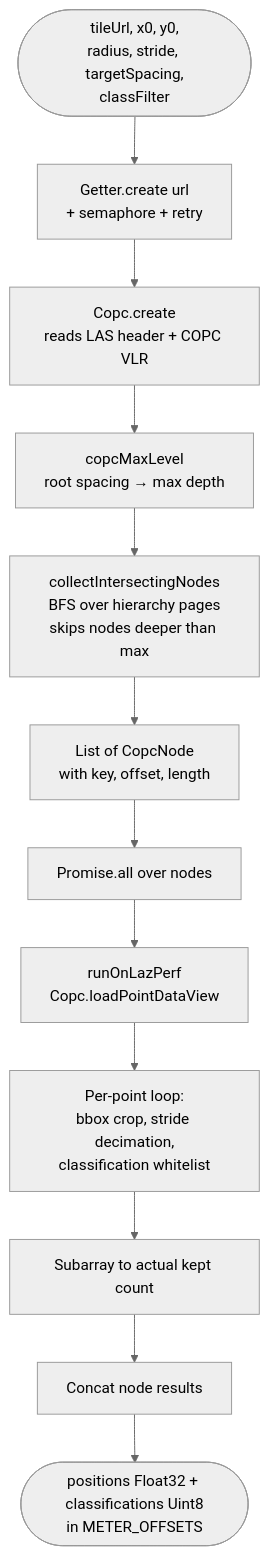
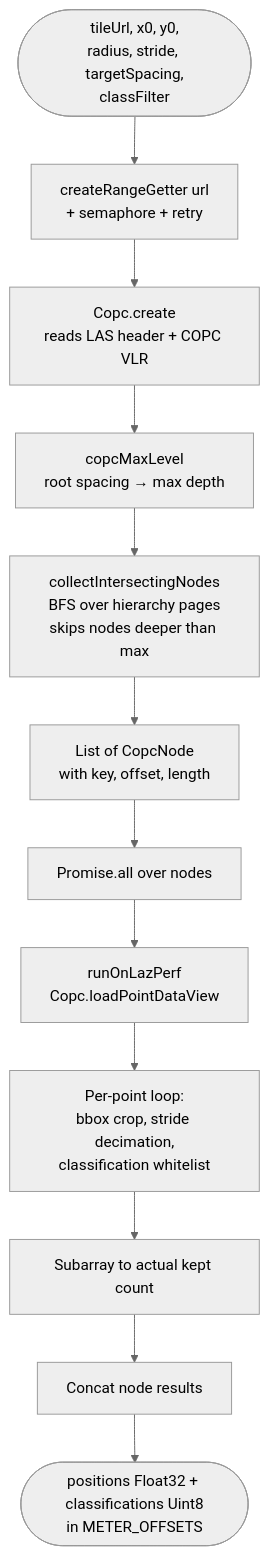
Before and after one commit to Plonk42/open-cairn: the third of 7 diagrams in docs/LIDAR_PIPELINE.md, drawn with Mermaid (neutral theme). The commit also changed other lines of this file and 4 other files, not shown here.

````diff
--- a/docs/LIDAR_PIPELINE.md
+++ b/docs/LIDAR_PIPELINE.md
@@ -378,14 +382,14 @@
 ```mermaid
 flowchart TD
-    T([tileUrl, x0, y0,<br/>radius, stride, targetSpacing,<br/>classFilter]) --> G[Getter.create url<br/>+ semaphore + retry]
+    T([tileUrl, x0, y0,<br/>radius, stride, targetSpacing,<br/>classFilter]) --> G[createRangeGetter url<br/>+ semaphore + retry]
     G --> H[Copc.create<br/>reads LAS header + COPC VLR]
     H --> LVL[copcMaxLevel<br/>root spacing → max depth]
     LVL --> WALK[collectIntersectingNodes<br/>BFS over hierarchy pages<br/>skips nodes deeper than max]
     WALK --> NODES[List of CopcNode<br/>with key, offset, length]
     NODES --> PAR[Promise.all over nodes]
     PAR --> DEC[runOnLazPerf<br/>Copc.loadPointDataView]
     DEC --> FILT[Per-point loop:<br/>bbox crop, stride decimation,<br/>classification whitelist]
     FILT --> SUB[Subarray to actual kept count]
     SUB --> AGG[Concat node results]
     AGG --> OUT([positions Float32 + classifications Uint8<br/>in METER_OFFSETS])
 ```
````
